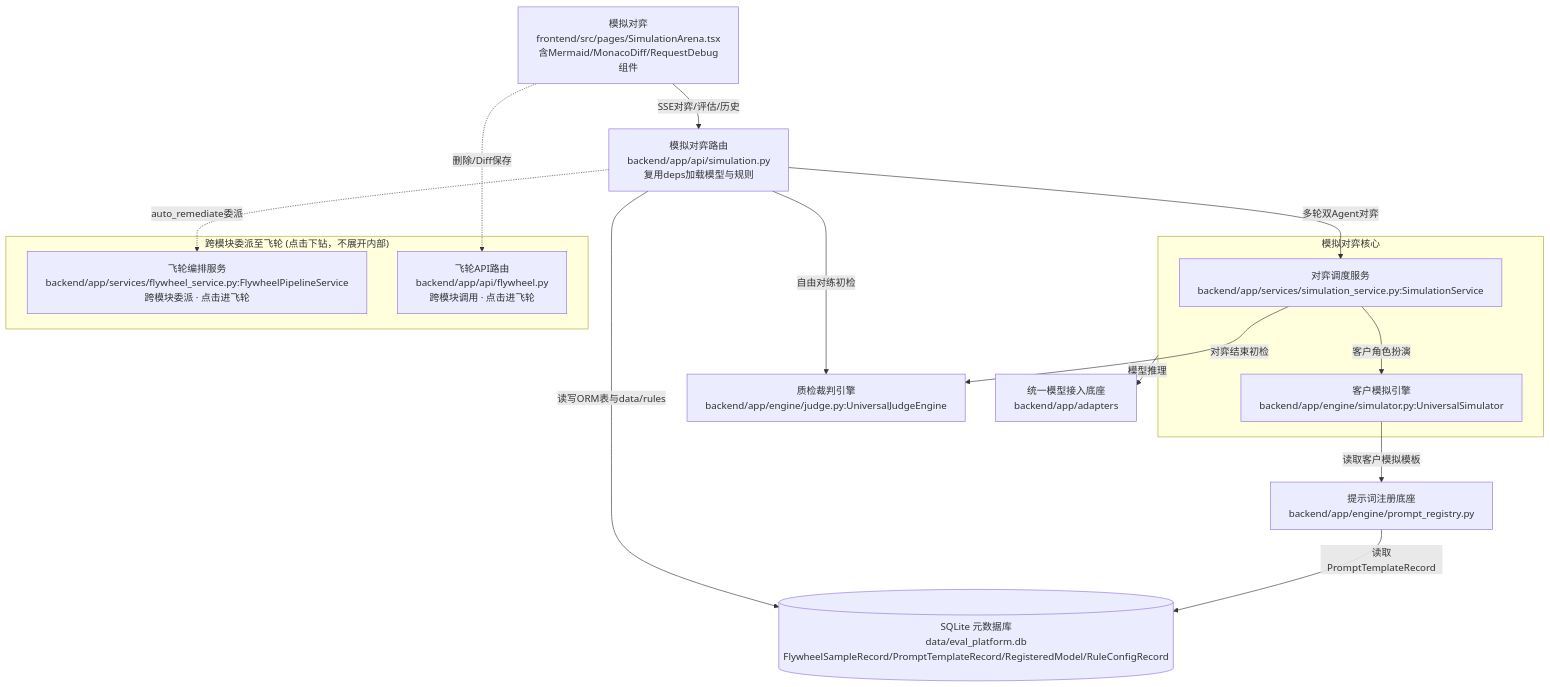
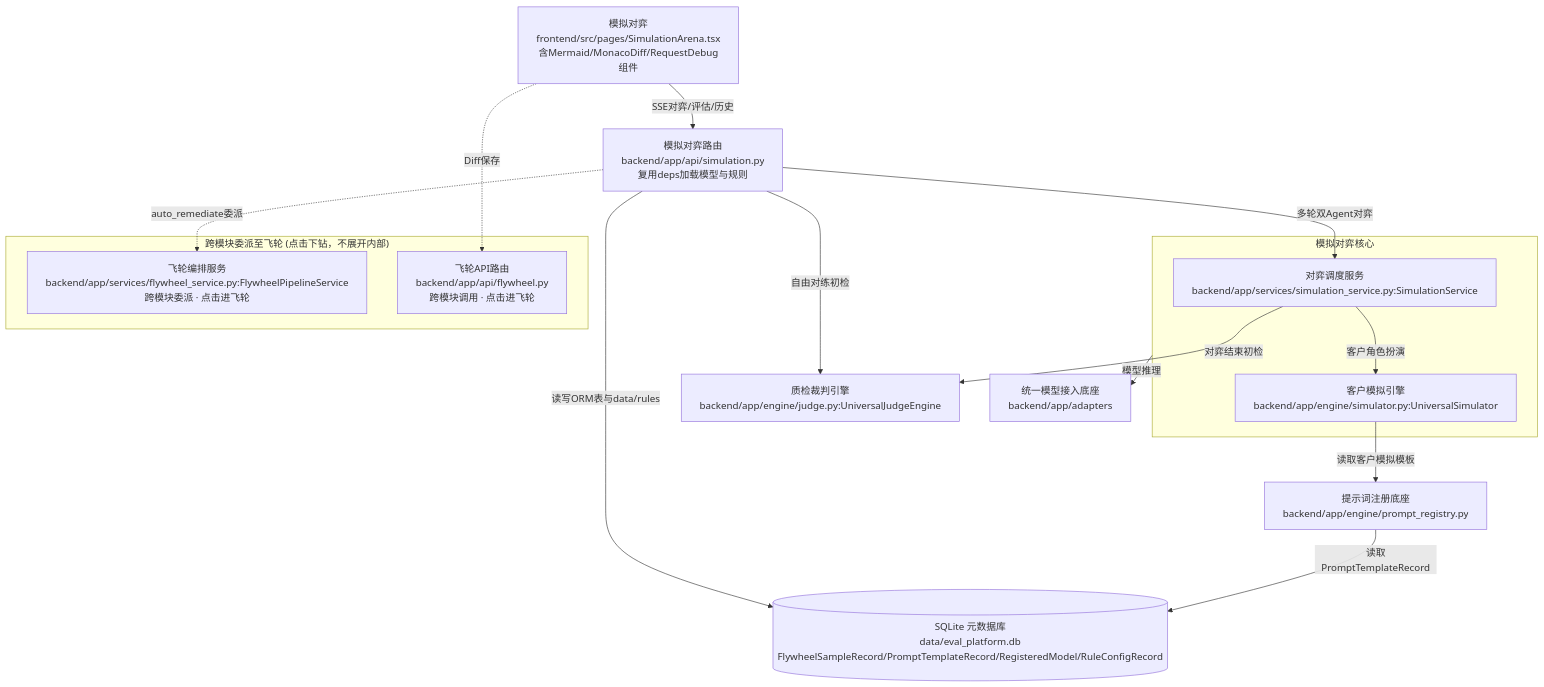
Before and after one commit to sharmt1411/eval-platform: the diagram in docs/map/L2-simulation.mmd, drawn with Mermaid. The commit also changed 34 other files, not shown here.

```diff
--- a/docs/map/L2-simulation.mmd
+++ b/docs/map/L2-simulation.mmd
@@ -1,35 +1,35 @@
 %% title: 模拟对弈纵向切片 (L2)
 %% link: adapters -> L2-adapters.mmd
 %% link: judge_engine -> L2-judge_engine.mmd
 %% link: flywheel_service -> L2-flywheel.mmd
 %% link: api_flywheel -> L2-flywheel.mmd
 flowchart TB
   simulation["模拟对弈\nfrontend/src/pages/SimulationArena.tsx\n含Mermaid/MonacoDiff/RequestDebug组件"]
   api_sim["模拟对弈路由\nbackend/app/api/simulation.py\n复用deps加载模型与规则"]
 
   subgraph sg_sim_core["模拟对弈核心"]
     simulation_service["对弈调度服务\nbackend/app/services/simulation_service.py:SimulationService"]
     simulator["客户模拟引擎\nbackend/app/engine/simulator.py:UniversalSimulator"]
   end
 
   subgraph sg_flywheel_boundary["跨模块委派至飞轮 (点击下钻，不展开内部)"]
     flywheel_service["飞轮编排服务\nbackend/app/services/flywheel_service.py:FlywheelPipelineService\n跨模块委派 · 点击进飞轮"]
     api_flywheel["飞轮API路由\nbackend/app/api/flywheel.py\n跨模块调用 · 点击进飞轮"]
   end
 
   judge_engine["质检裁判引擎\nbackend/app/engine/judge.py:UniversalJudgeEngine"]
   prompt_registry["提示词注册底座\nbackend/app/engine/prompt_registry.py"]
   adapters["统一模型接入底座\nbackend/app/adapters"]
   sqlite_db[("SQLite 元数据库\ndata/eval_platform.db\nFlywheelSampleRecord/PromptTemplateRecord/RegisteredModel/RuleConfigRecord")]
 
   simulation -->|"SSE对弈/评估/历史"| api_sim
-  simulation -.->|"删除/Diff保存"| api_flywheel
+  simulation -.->|"Diff保存"| api_flywheel
   api_sim -->|"多轮双Agent对弈"| simulation_service
   api_sim -->|"自由对练初检"| judge_engine
   api_sim -.->|"auto_remediate委派"| flywheel_service
   simulation_service -->|"客户角色扮演"| simulator
   simulation_service -->|"对弈结束初检"| judge_engine
   simulator -->|"读取客户模拟模板"| prompt_registry
   prompt_registry -->|"读取PromptTemplateRecord"| sqlite_db
   sg_sim_core -->|"模型推理"| adapters
   api_sim -->|"读写ORM表与data/rules"| sqlite_db
```
